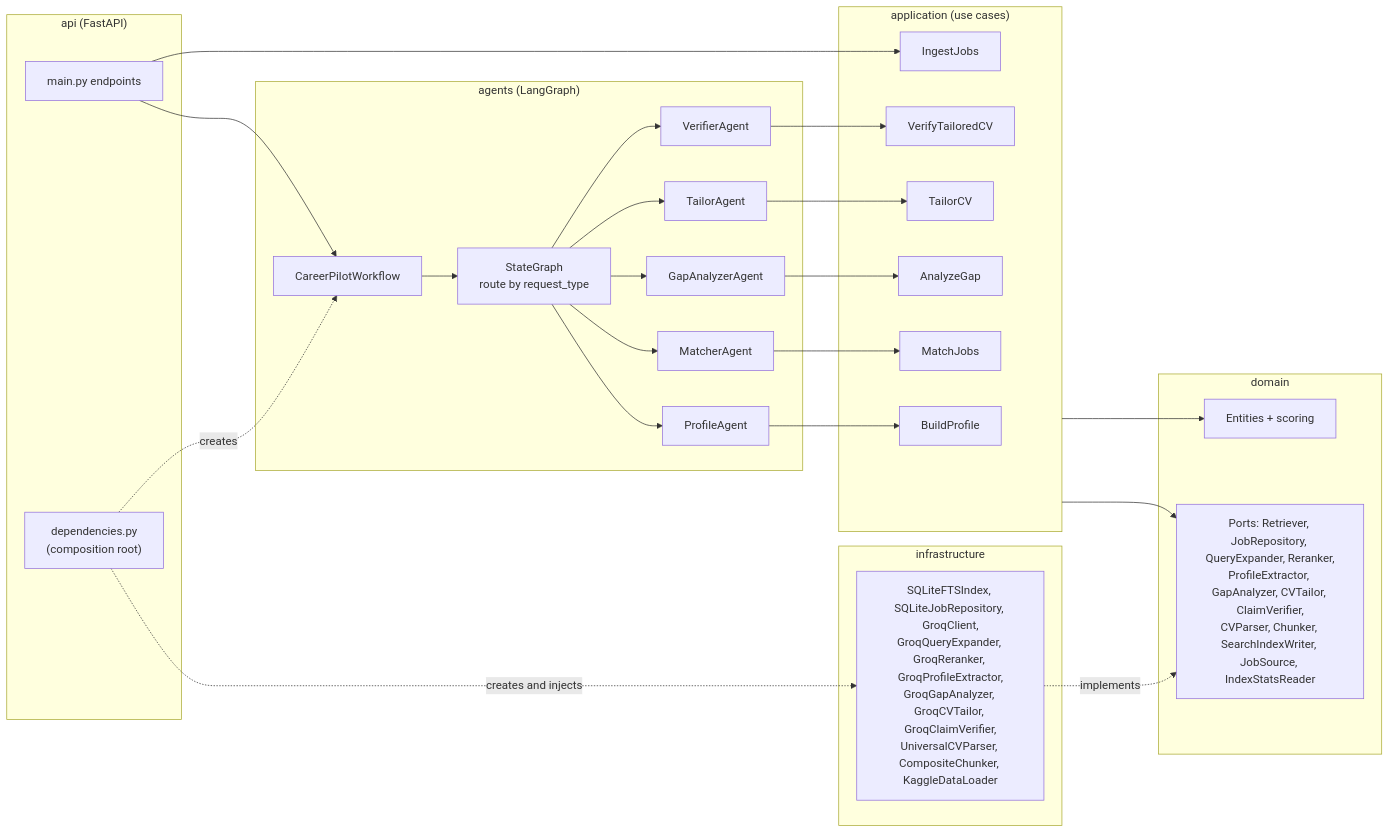
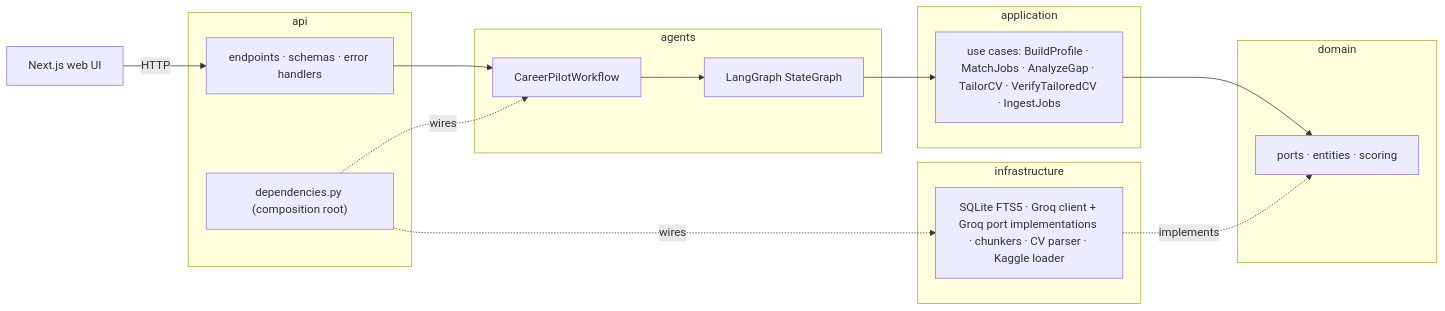
Before and after one commit to Abo0wael/CareerPilot-Multi-Agent-RAG: the first of 2 diagrams in README.md, drawn with Mermaid. The commit also changed other lines of this file and 1 other file, not shown here.

````diff
--- a/README.md
+++ b/README.md
@@ -43,33 +52,26 @@
 ```mermaid
 flowchart LR
-    subgraph API["api (FastAPI)"]
-        EP["main.py endpoints"]
-        DEP["dependencies.py<br/>(composition root)"]
+    UI["Next.js web UI"] -->|HTTP| EP
+    subgraph API["api"]
+        EP["endpoints · schemas · error handlers"]
+        DEP["dependencies.py (composition root)"]
     end
-    subgraph AG["agents (LangGraph)"]
-        WF["CareerPilotWorkflow"] --> G["StateGraph<br/>route by request_type"]
-        G --> PA["ProfileAgent"] & MA["MatcherAgent"] & GA["GapAnalyzerAgent"] & TA["TailorAgent"] & VA["VerifierAgent"]
+    subgraph AG["agents"]
+        WF["CareerPilotWorkflow"] --> G["LangGraph StateGraph"]
     end
-    subgraph APP["application (use cases)"]
-        UP["BuildProfile"] & UM["MatchJobs"] & UG["AnalyzeGap"] & UT["TailorCV"] & UV["VerifyTailoredCV"] & UI["IngestJobs"]
+    subgraph APP["application"]
+        UC["use cases: BuildProfile · MatchJobs · AnalyzeGap · TailorCV · VerifyTailoredCV · IngestJobs"]
     end
     subgraph DOM["domain"]
-        PORTS["Ports: Retriever, JobRepository, QueryExpander, Reranker,<br/>ProfileExtractor, GapAnalyzer, CVTailor, ClaimVerifier,<br/>CVParser, Chunker, SearchIndexWriter, JobSource, IndexStatsReader"]
-        ENT["Entities + scoring"]
+        P["ports · entities · scoring"]
     end
     subgraph INF["infrastructure"]
-        IMPL["SQLiteFTSIndex, SQLiteJobRepository, GroqClient,<br/>GroqQueryExpander, GroqReranker, GroqProfileExtractor,<br/>GroqGapAnalyzer, GroqCVTailor, GroqClaimVerifier,<br/>UniversalCVParser, CompositeChunker, KaggleDataLoader"]
+        I["SQLite FTS5 · Groq client + Groq port implementations · chunkers · CV parser · Kaggle loader"]
     end
     EP --> WF
-    EP --> UI
-    PA --> UP
-    MA --> UM
-    GA --> UG
-    TA --> UT
-    VA --> UV
-    APP --> PORTS
-    APP --> ENT
-    IMPL -. implements .-> PORTS
-    DEP -. creates and injects .-> IMPL
-    DEP -. creates .-> WF
+    G --> UC
+    UC --> P
+    I -. implements .-> P
+    DEP -. wires .-> I
+    DEP -. wires .-> WF
 ```
````
